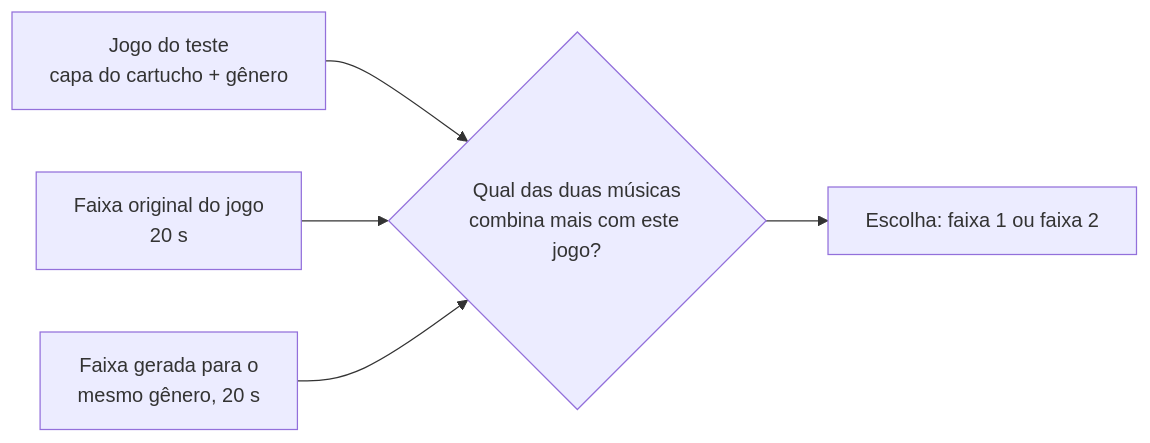
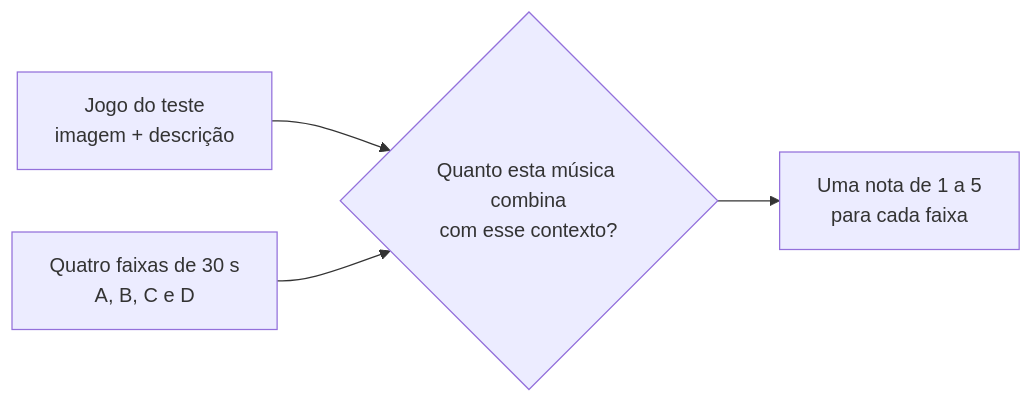
One commit to anacelos/TPfinal-music-rn changed the second of 2 diagrams in docs/ETAPAS.md. Above: the diagram before and after it, drawn with Mermaid. The commit also changed other lines of this file and 1 other file, not shown here.

````diff
--- a/docs/ETAPAS.md
+++ b/docs/ETAPAS.md
@@ -194,7 +194,6 @@
 ```mermaid
 flowchart LR
-    J["Jogo do teste<br/>capa do cartucho + gênero"] --> P{"Qual das duas músicas<br/>combina mais com este jogo?"}
-    O["Faixa original do jogo<br/>20 s"] --> P
-    G["Faixa gerada para o<br/>mesmo gênero, 20 s"] --> P
-    P --> R["Escolha: faixa 1 ou faixa 2"]
+    J["Jogo do teste<br/>imagem + descrição"] --> P{"Quanto esta música combina<br/>com esse contexto?"}
+    A["Quatro faixas de 30 s<br/>A, B, C e D"] --> P
+    P --> R["Uma nota de 1 a 5<br/>para cada faixa"]
 ```
````
